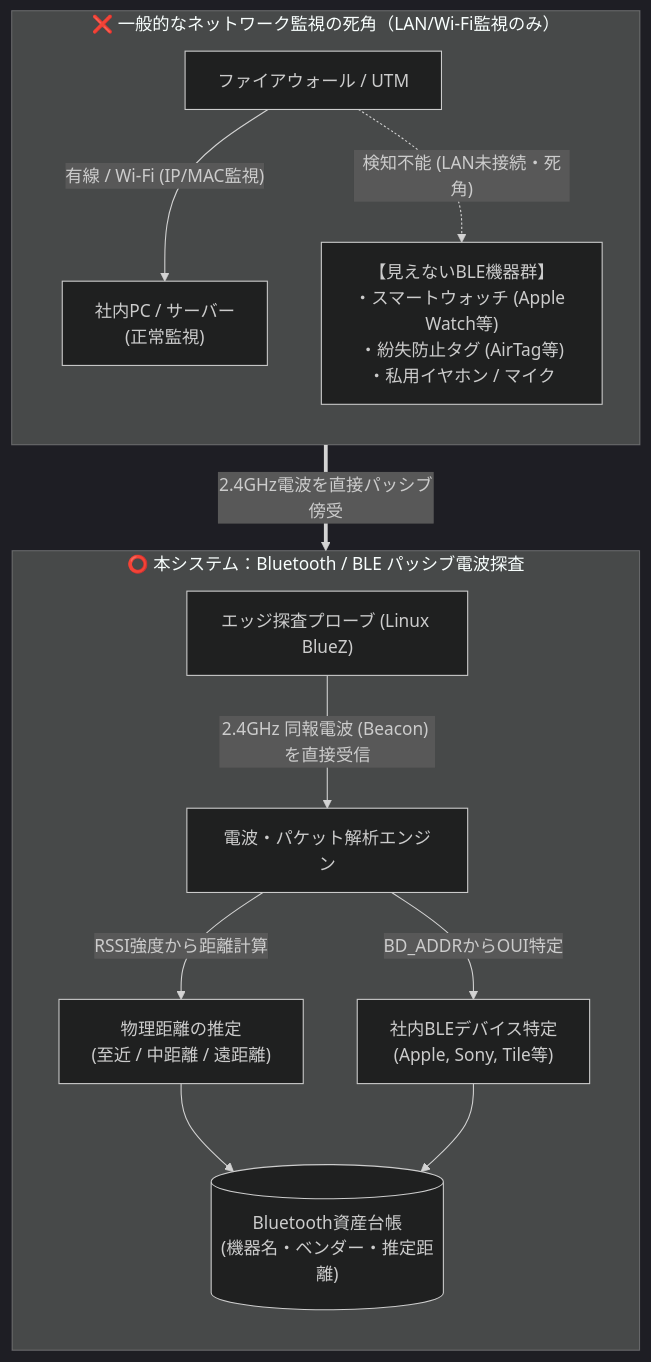
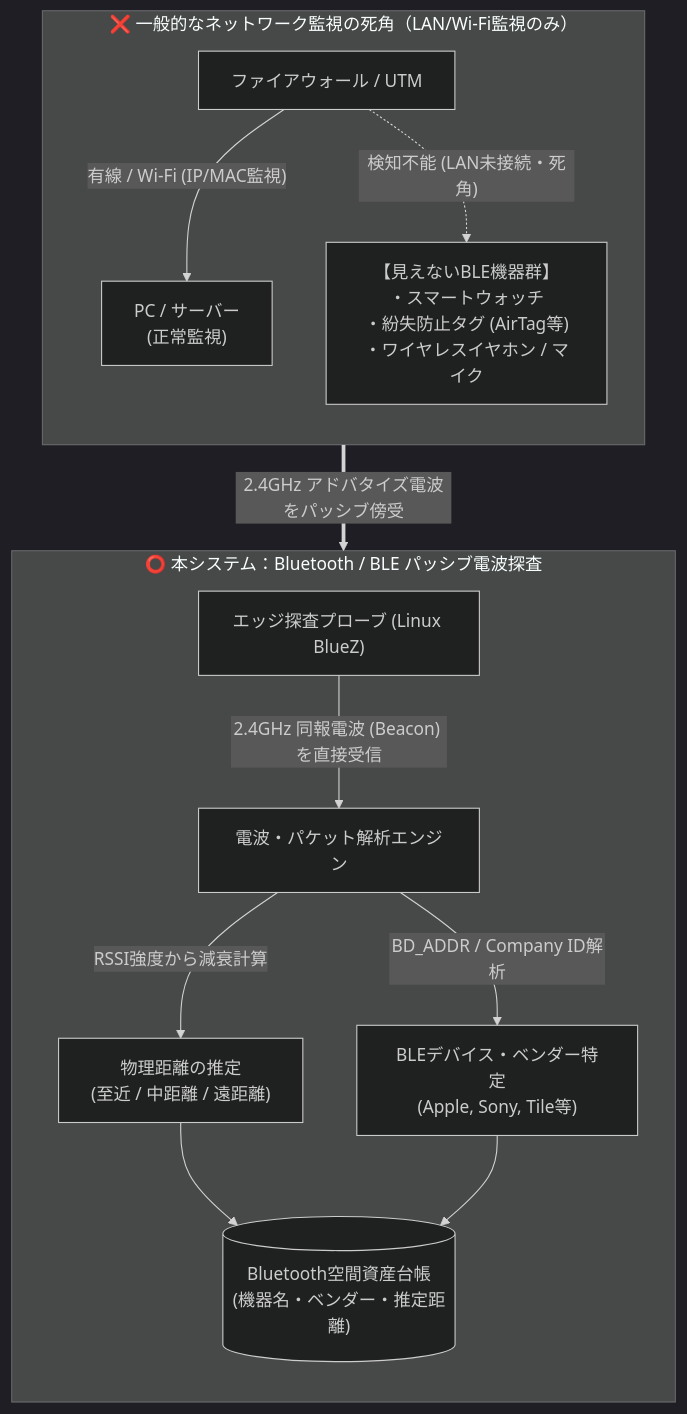
One commit to ojisantech/ojisan-arsenal changed the diagram in QIITA_ARTICLE_DETAIL_5.md. Above: the diagram before and after it, drawn with Mermaid (dark theme). The commit also changed other lines of this file and 6 other files, not shown here.

Commit message:
docs: enrich QIITA_ARTICLE_DETAIL_1..7 with full technical implementation, diagrams, and operational guides from original drafts

````diff
--- a/QIITA_ARTICLE_DETAIL_5.md
+++ b/QIITA_ARTICLE_DETAIL_5.md
@@ -50,21 +41,21 @@
 ```mermaid
 flowchart TD
     subgraph BlindSpot ["❌ 一般的なネットワーク監視の死角（LAN/Wi-Fi監視のみ）"]
         direction TB
         UTM["ファイアウォール / UTM"]
-        UTM -->|"有線 / Wi-Fi (IP/MAC監視)"| PC["社内PC / サーバー<br/>(正常監視)"]
-        UTM -.->|"検知不能 (LAN未接続・死角)"| BlindDevices["【見えないBLE機器群】<br/>・スマートウォッチ (Apple Watch等)<br/>・紛失防止タグ (AirTag等)<br/>・私用イヤホン / マイク"]
+        UTM -->|"有線 / Wi-Fi (IP/MAC監視)"| PC["PC / サーバー<br/>(正常監視)"]
+        UTM -.->|"検知不能 (LAN未接続・死角)"| BlindDevices["【見えないBLE機器群】<br/>・スマートウォッチ<br/>・紛失防止タグ (AirTag等)<br/>・ワイヤレスイヤホン / マイク"]
     end
 
-    BlindDevices ==>|"2.4GHz電波を直接パッシブ傍受"| Probe
+    BlindDevices ==>|"2.4GHz アドバタイズ電波をパッシブ傍受"| Probe
 
     subgraph Visible ["⭕ 本システム：Bluetooth / BLE パッシブ電波探査"]
         direction TB
         Probe["エッジ探査プローブ (Linux BlueZ)"]
         Probe -->|"2.4GHz 同報電波 (Beacon) を直接受信"| Engine["電波・パケット解析エンジン"]
-        Engine -->|"RSSI強度から距離計算"| V1["物理距離の推定<br/>(至近 / 中距離 / 遠距離)"]
-        Engine -->|"BD_ADDRからOUI特定"| V2["社内BLEデバイス特定<br/>(Apple, Sony, Tile等)"]
-        V1 --> Table[("Bluetooth資産台帳<br/>(機器名・ベンダー・推定距離)")]
+        Engine -->|"RSSI強度から減衰計算"| V1["物理距離の推定<br/>(至近 / 中距離 / 遠距離)"]
+        Engine -->|"BD_ADDR / Company ID解析"| V2["BLEデバイス・ベンダー特定<br/>(Apple, Sony, Tile等)"]
+        V1 --> Table[("Bluetooth空間資産台帳<br/>(機器名・ベンダー・推定距離)")]
         V2 --> Table
     end
 ```
````
